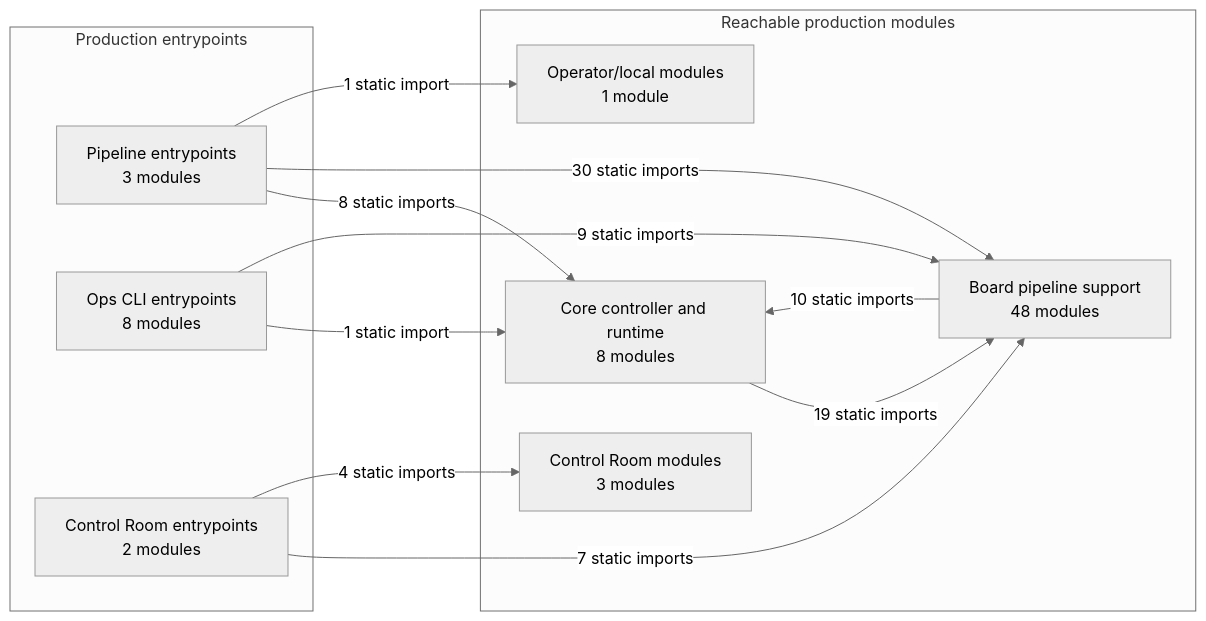
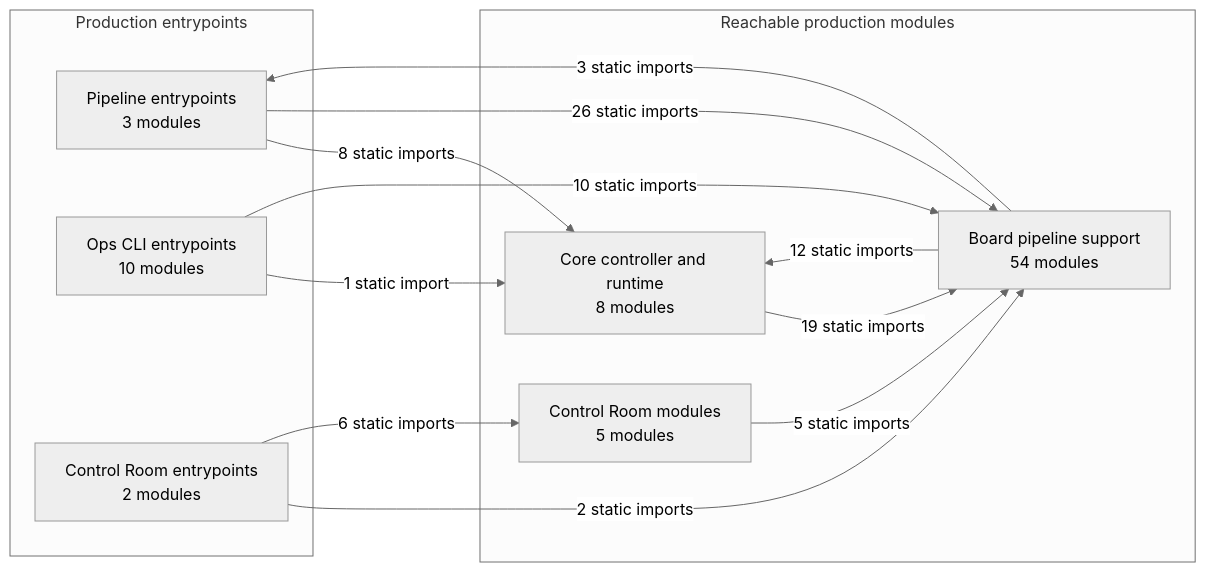
Before and after one commit to MyDum-bsu/darkfactory: the diagram in docs/ARCHITECTURE.generated.md, drawn with Mermaid (neutral theme). The commit also changed other lines of this file and 6 other files, not shown here.

````diff
--- a/docs/ARCHITECTURE.generated.md
+++ b/docs/ARCHITECTURE.generated.md
@@ -7,23 +7,23 @@
 ```mermaid
 flowchart LR
   subgraph entries["Production entrypoints"]
     entry_pipeline["Pipeline entrypoints<br/>3 modules"]
-    entry_ops["Ops CLI entrypoints<br/>8 modules"]
+    entry_ops["Ops CLI entrypoints<br/>10 modules"]
     entry_control["Control Room entrypoints<br/>2 modules"]
   end
   subgraph modules["Reachable production modules"]
     core_pipeline["Core controller and runtime<br/>8 modules"]
-    board_support["Board pipeline support<br/>48 modules"]
-    ops_control["Control Room modules<br/>3 modules"]
-    ops_local["Operator/local modules<br/>1 module"]
+    board_support["Board pipeline support<br/>54 modules"]
+    ops_control["Control Room modules<br/>5 modules"]
   end
   entry_pipeline -->|8 static imports| core_pipeline
-  entry_pipeline -->|30 static imports| board_support
-  entry_pipeline -->|1 static import| ops_local
+  entry_pipeline -->|26 static imports| board_support
   entry_ops -->|1 static import| core_pipeline
-  entry_ops -->|9 static imports| board_support
-  entry_control -->|7 static imports| board_support
-  entry_control -->|4 static imports| ops_control
+  entry_ops -->|10 static imports| board_support
+  entry_control -->|2 static imports| board_support
+  entry_control -->|6 static imports| ops_control
   core_pipeline -->|19 static imports| board_support
-  board_support -->|10 static imports| core_pipeline
+  board_support -->|3 static imports| entry_pipeline
+  board_support -->|12 static imports| core_pipeline
+  ops_control -->|5 static imports| board_support
 ```
````
